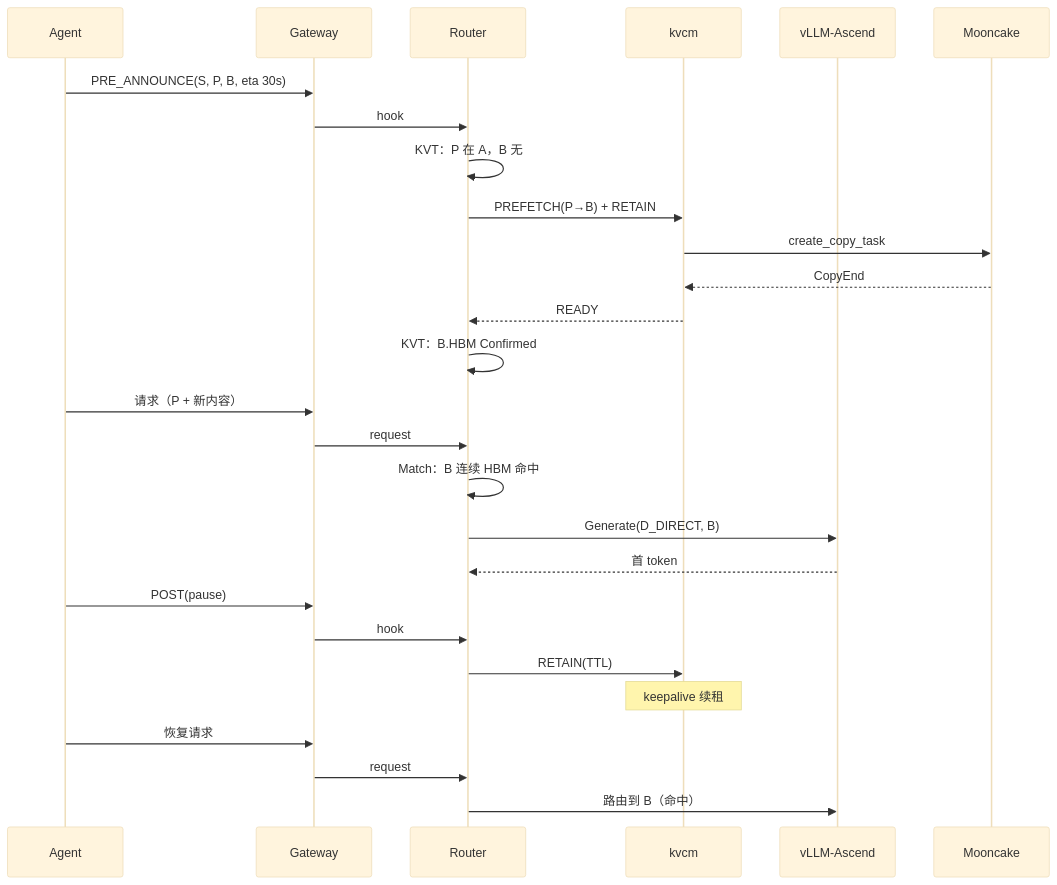
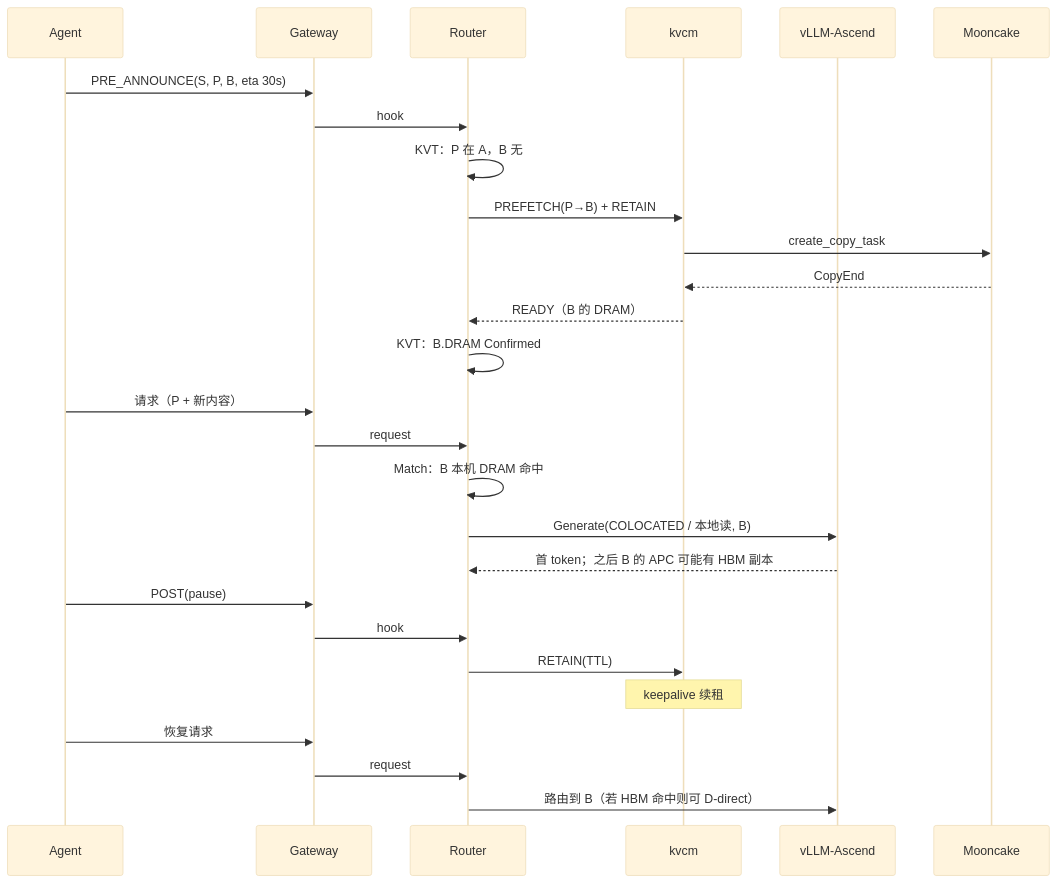
The tenth of 10 diagrams in kvcm/design/flows/scheduling.md (5x8-40/lake), drawn with Mermaid (base theme) before and after one commit. The commit also changed other lines of this file and 5 other files, not shown here.

````diff
--- a/kvcm/design/flows/scheduling.md
+++ b/kvcm/design/flows/scheduling.md
@@ -261,33 +280,33 @@
 ```mermaid
 sequenceDiagram
     participant A as Agent
     participant G as Gateway
     participant R as Router
     participant K as kvcm
     participant W as vLLM-Ascend
     participant M as Mooncake
 
     A->>G: PRE_ANNOUNCE(S, P, B, eta 30s)
     G->>R: hook
     R->>R: KVT：P 在 A，B 无
     R->>K: PREFETCH(P→B) + RETAIN
     K->>M: create_copy_task
     M-->>K: CopyEnd
-    K-->>R: READY
-    R->>R: KVT：B.HBM Confirmed
+    K-->>R: READY（B 的 DRAM）
+    R->>R: KVT：B.DRAM Confirmed
 
     A->>G: 请求（P + 新内容）
     G->>R: request
-    R->>R: Match：B 连续 HBM 命中
-    R->>W: Generate(D_DIRECT, B)
-    W-->>R: 首 token
+    R->>R: Match：B 本机 DRAM 命中
+    R->>W: Generate(COLOCATED / 本地读, B)
+    W-->>R: 首 token；之后 B 的 APC 可能有 HBM 副本
 
     A->>G: POST(pause)
     G->>R: hook
     R->>K: RETAIN(TTL)
     Note over K: keepalive 续租
 
     A->>G: 恢复请求
     G->>R: request
-    R->>W: 路由到 B（命中）
+    R->>W: 路由到 B（若 HBM 命中则可 D-direct）
 ```
````
